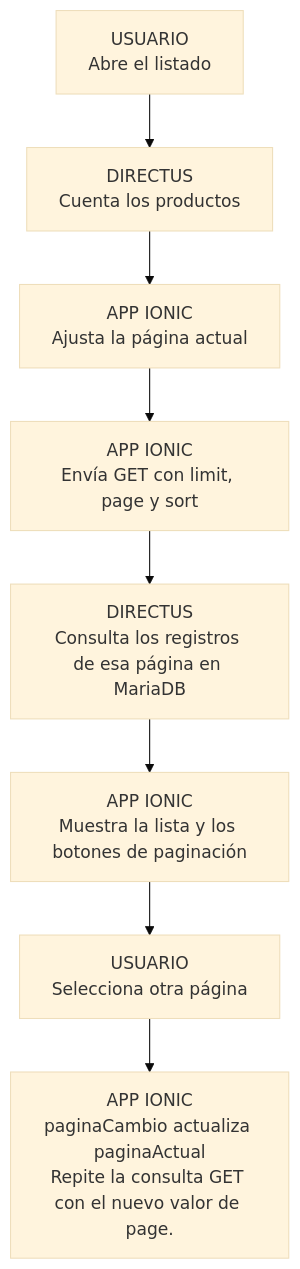
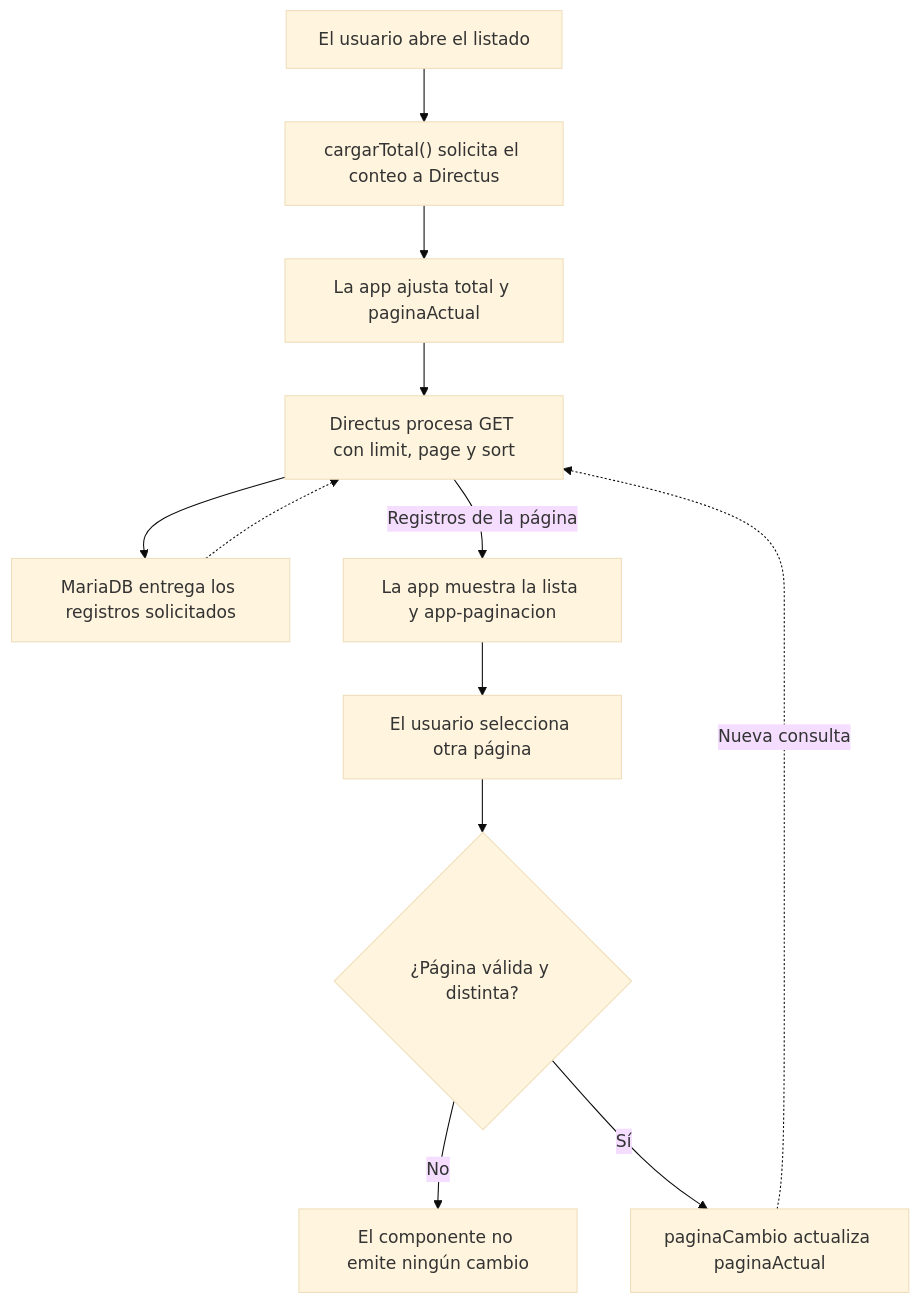
Before and after one commit to JonathanDeLaCruz/docker_moviles: the diagram in docs/manuales/recursos/flujos/08-paginacion.mmd, drawn with Mermaid (base theme). The commit also changed 97 other files, not shown here.

Commit message:
Restaura diagramas con ramas y flujo descendente en los manuales

```diff
--- a/docs/manuales/recursos/flujos/08-paginacion.mmd
+++ b/docs/manuales/recursos/flujos/08-paginacion.mmd
@@ -1,16 +1,22 @@
 flowchart TD
-  N0["USUARIO<br/>Abre el listado"]
-  N1["DIRECTUS<br/>Cuenta los productos"]
-  N2["APP IONIC<br/>Ajusta la página actual"]
-  N3["APP IONIC<br/>Envía GET con limit, page y sort"]
-  N4["DIRECTUS<br/>Consulta los registros de esa página en MariaDB"]
-  N5["APP IONIC<br/>Muestra la lista y los botones de paginación"]
-  N6["USUARIO<br/>Selecciona otra página"]
-  N7["APP IONIC<br/>paginaCambio actualiza paginaActual<br/>Repite la consulta GET con el nuevo valor de page."]
-  N0 --> N1
-  N1 --> N2
-  N2 --> N3
-  N3 --> N4
-  N4 --> N5
-  N5 --> N6
-  N6 --> N7
+  A["El usuario abre el listado"]
+  COUNT["cargarTotal() solicita el conteo a Directus"]
+  TOTAL["La app ajusta total y paginaActual"]
+  GET["Directus procesa GET con limit, page y sort"]
+  DB["MariaDB entrega los registros solicitados"]
+  VIEW["La app muestra la lista y app-paginacion"]
+  SELECT["El usuario selecciona otra página"]
+  V{"¿Página válida y distinta?"}
+  NO["El componente no emite ningún cambio"]
+  CHANGE["paginaCambio actualiza paginaActual"]
+  A --> COUNT
+  COUNT --> TOTAL
+  TOTAL --> GET
+  GET --> DB
+  DB -.-> GET
+  GET -->|"Registros de la página"| VIEW
+  VIEW --> SELECT
+  SELECT --> V
+  V -->|"No"| NO
+  V -->|"Sí"| CHANGE
+  CHANGE -.->|"Nueva consulta"| GET
```
